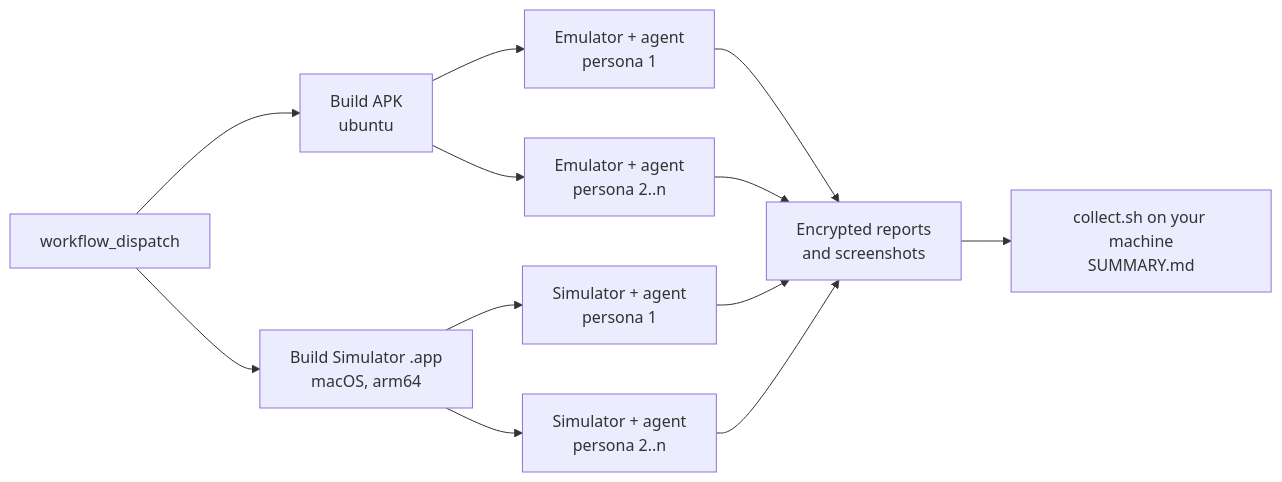
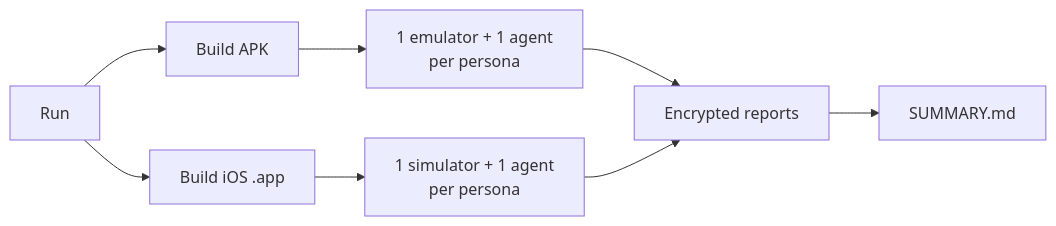
Before and after one commit to 1Love321/mobile-agent-testers: the diagram in README.md, drawn with Mermaid. The commit also changed other lines of this file, not shown here.

````diff
--- a/README.md
+++ b/README.md
@@ -91,11 +52,9 @@
 ```mermaid
 flowchart LR
-  A[workflow_dispatch] --> B[Build APK<br/>ubuntu]
-  A --> C[Build Simulator .app<br/>macOS, arm64]
-  B --> D1[Emulator + agent<br/>persona 1]
-  B --> D2[Emulator + agent<br/>persona 2..n]
-  C --> E1[Simulator + agent<br/>persona 1]
-  C --> E2[Simulator + agent<br/>persona 2..n]
-  D1 & D2 & E1 & E2 --> F[Encrypted reports<br/>and screenshots]
-  F --> G[collect.sh on your machine<br/>SUMMARY.md]
+  A[Run] --> B[Build APK]
+  A --> C[Build iOS .app]
+  B --> D[1 emulator + 1 agent<br/>per persona]
+  C --> E[1 simulator + 1 agent<br/>per persona]
+  D & E --> F[Encrypted reports]
+  F --> G[SUMMARY.md]
 ```
````
